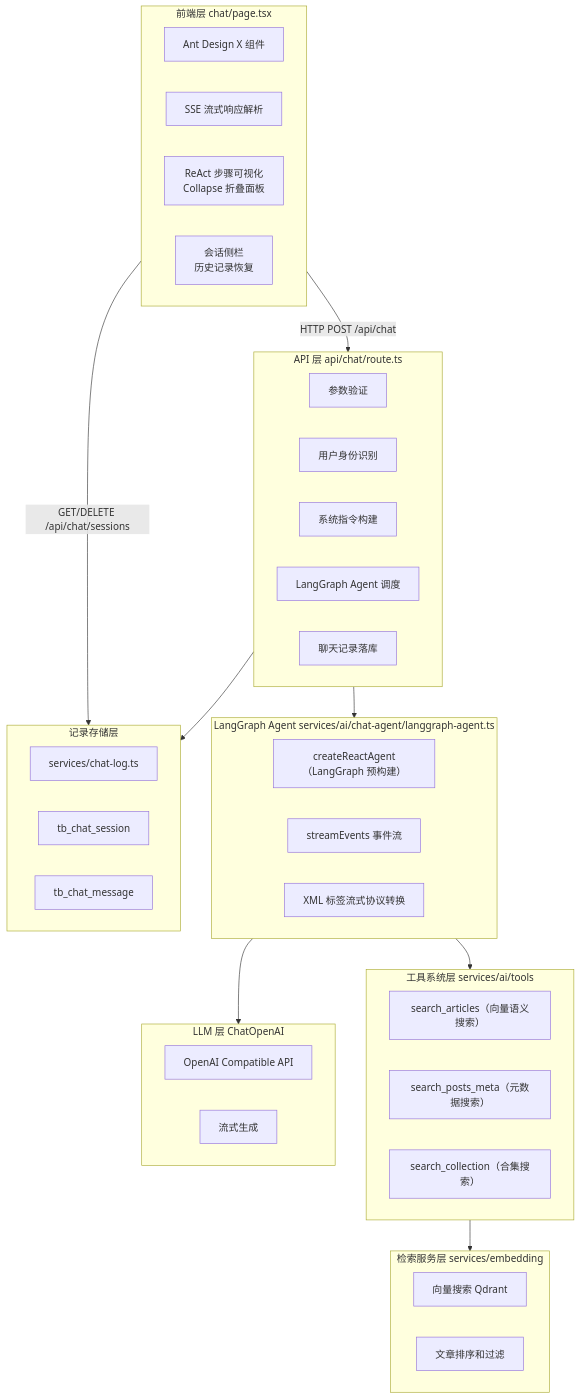
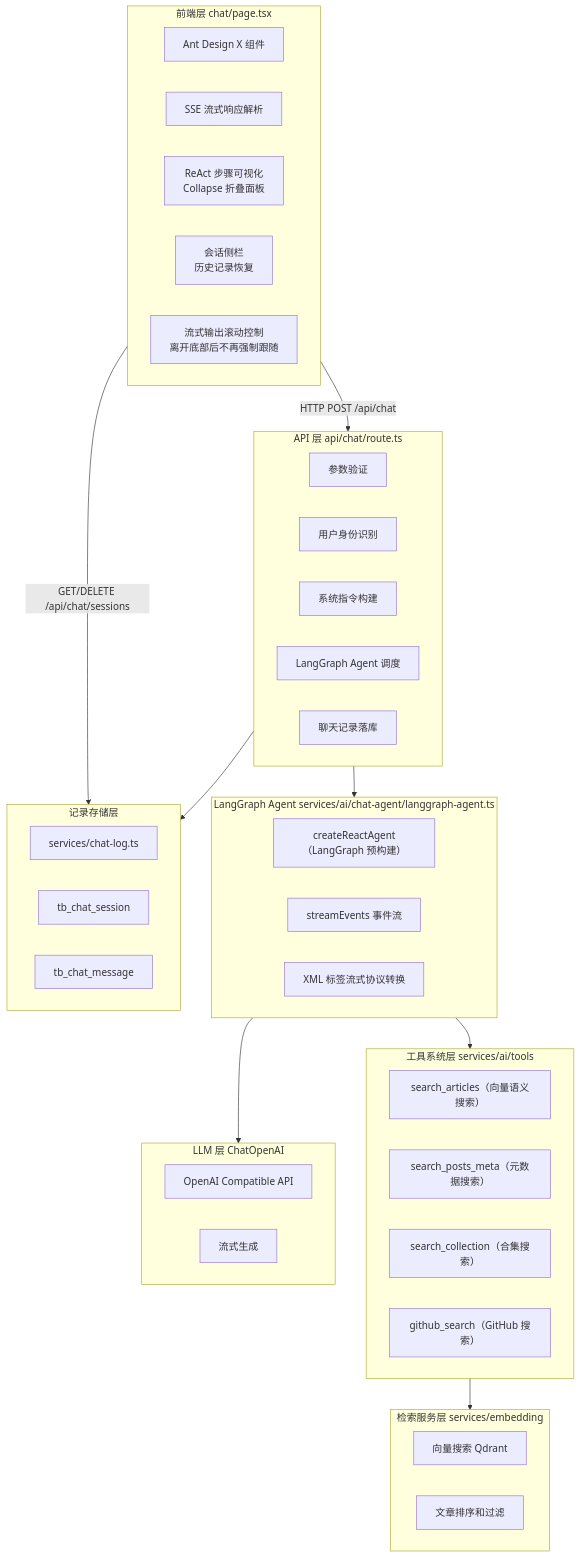
The first of 2 diagrams in docs/designs/chat/rag-chat.md (NNNNzs/react.nnnnzs.cn), drawn with Mermaid before and after one commit. The commit also changed other lines of this file and 14 other files, not shown here.

````diff
--- a/docs/designs/chat/rag-chat.md
+++ b/docs/designs/chat/rag-chat.md
@@ -27,53 +29,55 @@
 ```mermaid
 flowchart TB
     subgraph Frontend["前端层 chat/page.tsx"]
         A1["Ant Design X 组件"]
         A2["SSE 流式响应解析"]
         A3["ReAct 步骤可视化<br/>Collapse 折叠面板"]
         A4["会话侧栏<br/>历史记录恢复"]
+        A5["流式输出滚动控制<br/>离开底部后不再强制跟随"]
     end
 
     subgraph API["API 层 api/chat/route.ts"]
         B1["参数验证"]
         B2["用户身份识别"]
         B3["系统指令构建"]
         B4["LangGraph Agent 调度"]
         B5["聊天记录落库"]
     end
 
     subgraph Agent["LangGraph Agent services/ai/chat-agent/langgraph-agent.ts"]
         C1["createReactAgent（LangGraph 预构建）"]
         C2["streamEvents 事件流"]
         C3["XML 标签流式协议转换"]
     end
 
     subgraph Tools["工具系统层 services/ai/tools"]
         D1["search_articles（向量语义搜索）"]
         D2["search_posts_meta（元数据搜索）"]
         D3["search_collection（合集搜索）"]
+        D4["github_search（GitHub 搜索）"]
     end
 
     subgraph LLM["LLM 层 ChatOpenAI"]
         E1["OpenAI Compatible API"]
         E2["流式生成"]
     end
 
     subgraph Search["检索服务层 services/embedding"]
         F1["向量搜索 Qdrant"]
         F2["文章排序和过滤"]
     end
 
     subgraph Storage["记录存储层"]
         G1["services/chat-log.ts"]
         G2["tb_chat_session"]
         G3["tb_chat_message"]
     end
 
     Frontend -->|HTTP POST /api/chat| API
     Frontend -->|GET/DELETE /api/chat/sessions| Storage
     API --> Agent
     API --> Storage
     Agent --> Tools
     Agent --> LLM
     Tools --> Search
 ```
````
